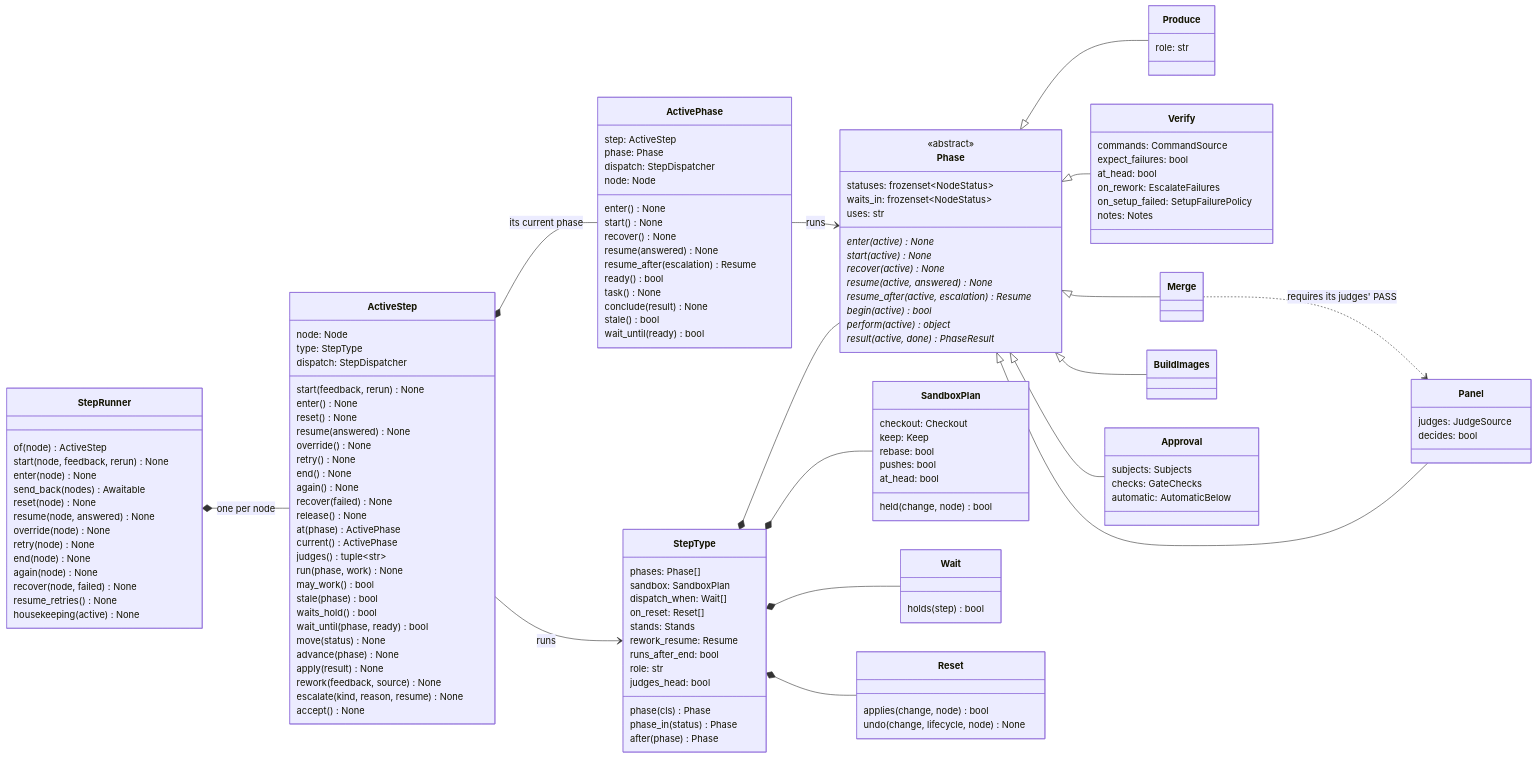
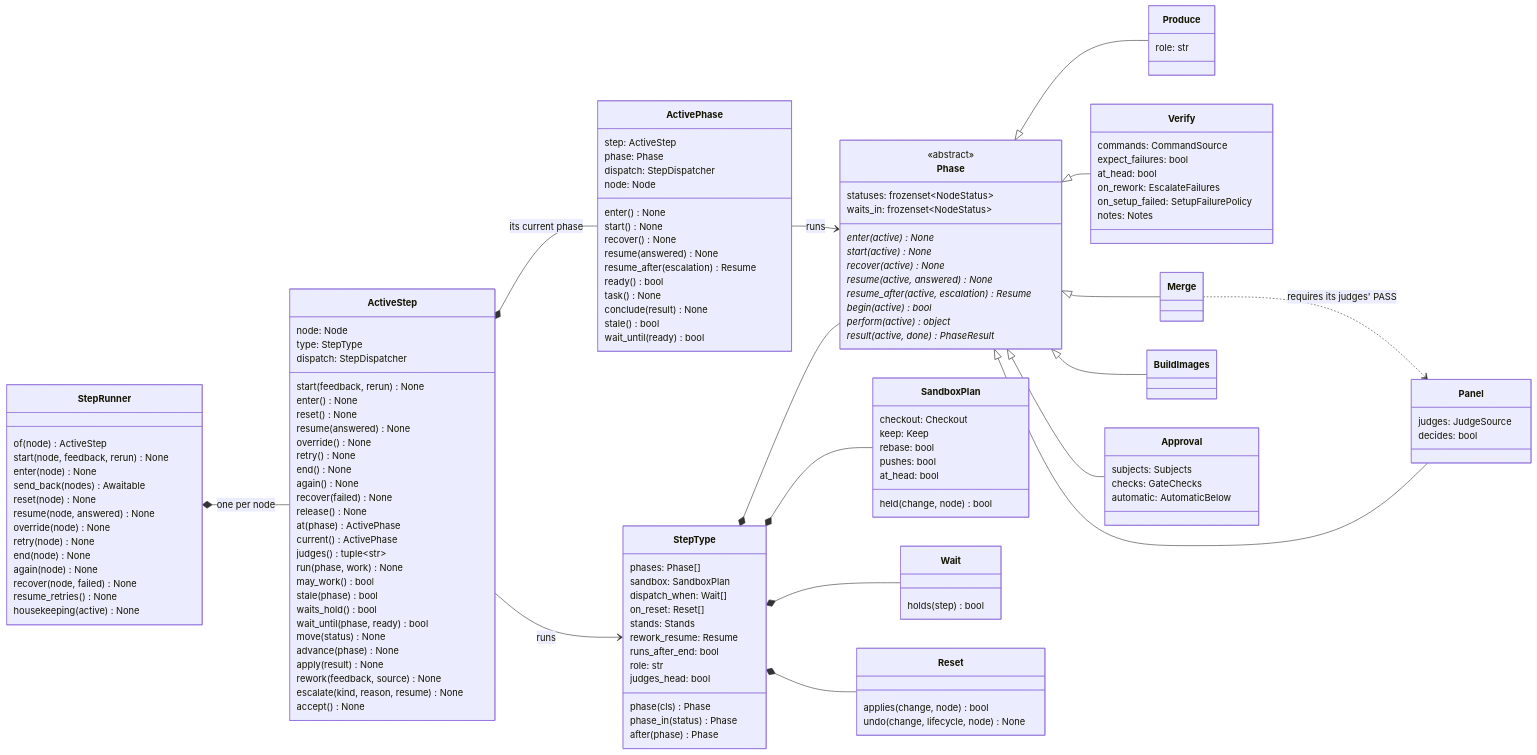
Before and after one commit to mr-miles/orchestrator: the fourth of 6 diagrams in docs/architecture.md, drawn with Mermaid. The commit also changed other lines of this file and 11 other files, not shown here.

```diff
--- a/docs/architecture.md
+++ b/docs/architecture.md
@@ -400,7 +412,6 @@
         <<abstract>>
         statuses: frozenset~NodeStatus~
         waits_in: frozenset~NodeStatus~
-        uses: str
         enter(active)* None
         start(active)* None
         recover(active)* None
```
